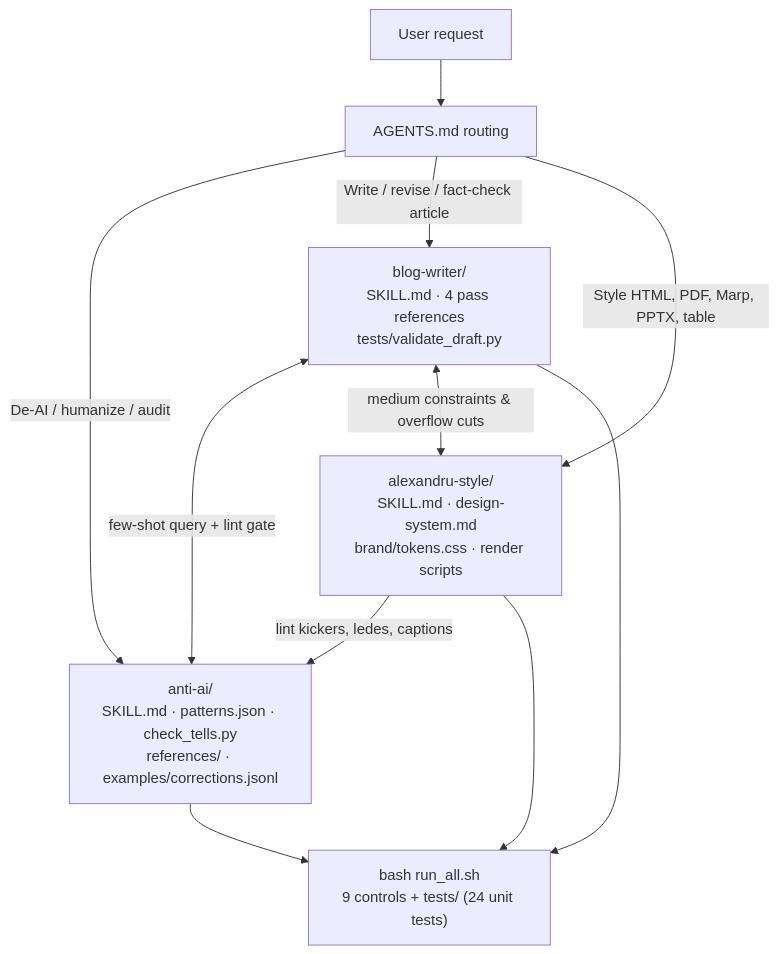
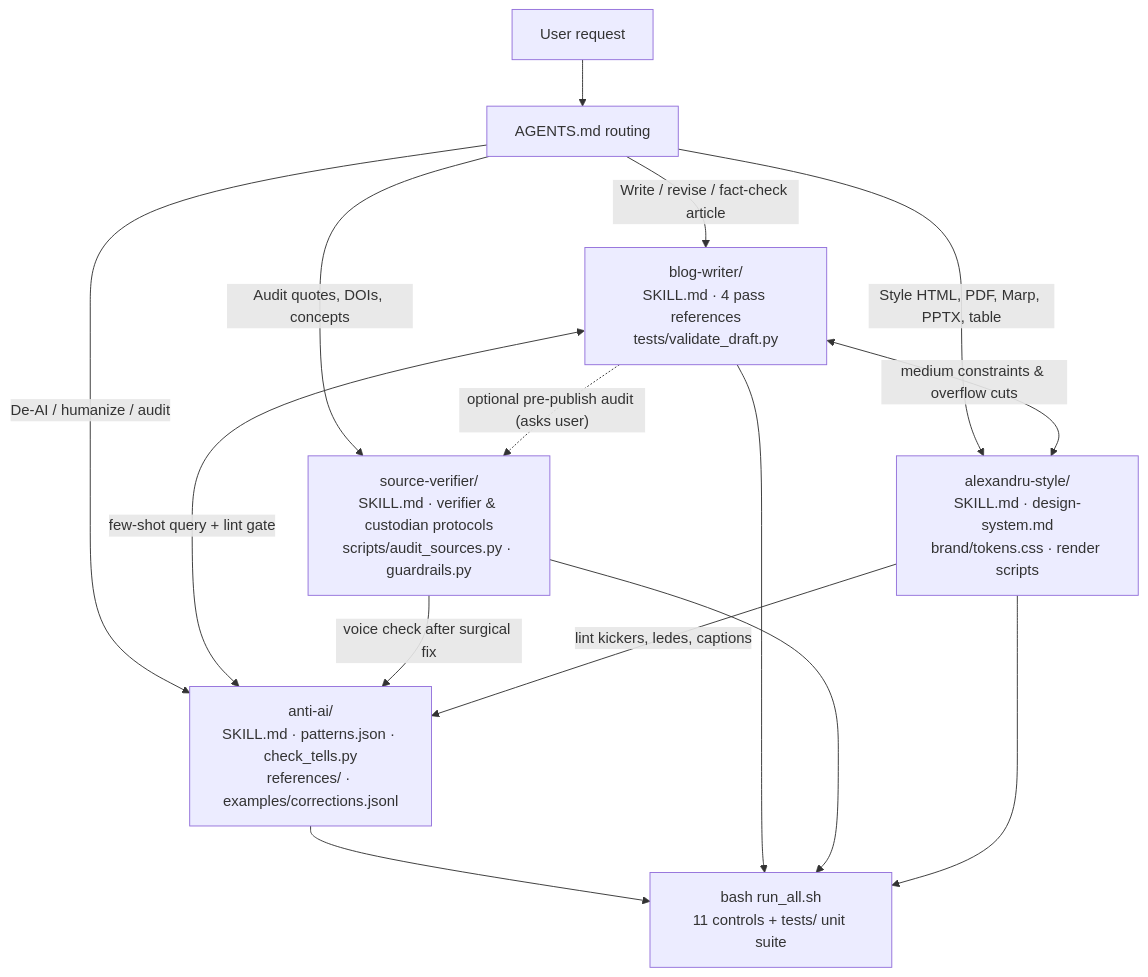
The first of 3 diagrams in README.md (alexandrugris/alex-public-skills-collection), drawn with Mermaid before and after one commit. The commit also changed other lines of this file and 13 other files, not shown here.

Commit message:
source-verifier: add standalone adversarial citation/quote/concept verifier skill with anti-collapse guardrails

````diff
--- a/README.md
+++ b/README.md
@@ -19,14 +20,18 @@
 ```mermaid
 flowchart TB
     U["User request"] --> AG["AGENTS.md routing"]
     AG -->|"De-AI / humanize / audit"| AA["anti-ai/<br/>SKILL.md · patterns.json · check_tells.py<br/>references/ · examples/corrections.jsonl"]
     AG -->|"Write / revise / fact-check article"| BW["blog-writer/<br/>SKILL.md · 4 pass references<br/>tests/validate_draft.py"]
+    AG -->|"Audit quotes, DOIs, concepts"| SV["source-verifier/<br/>SKILL.md · verifier & custodian protocols<br/>scripts/audit_sources.py · guardrails.py"]
     AG -->|"Style HTML, PDF, Marp, PPTX, table"| AS["alexandru-style/<br/>SKILL.md · design-system.md<br/>brand/tokens.css · render scripts"]
 
     BW <-->|"few-shot query + lint gate"| AA
+    BW -.->|"optional pre-publish audit (asks user)"| SV
+    SV -->|"voice check after surgical fix"| AA
     BW <-->|"medium constraints & overflow cuts"| AS
     AS -->|"lint kickers, ledes, captions"| AA
-    AA --> GATE["bash run_all.sh<br/>9 controls + tests/ (24 unit tests)"]
+    AA --> GATE["bash run_all.sh<br/>11 controls + tests/ unit suite"]
     BW --> GATE
+    SV --> GATE
     AS --> GATE
 ```
````
